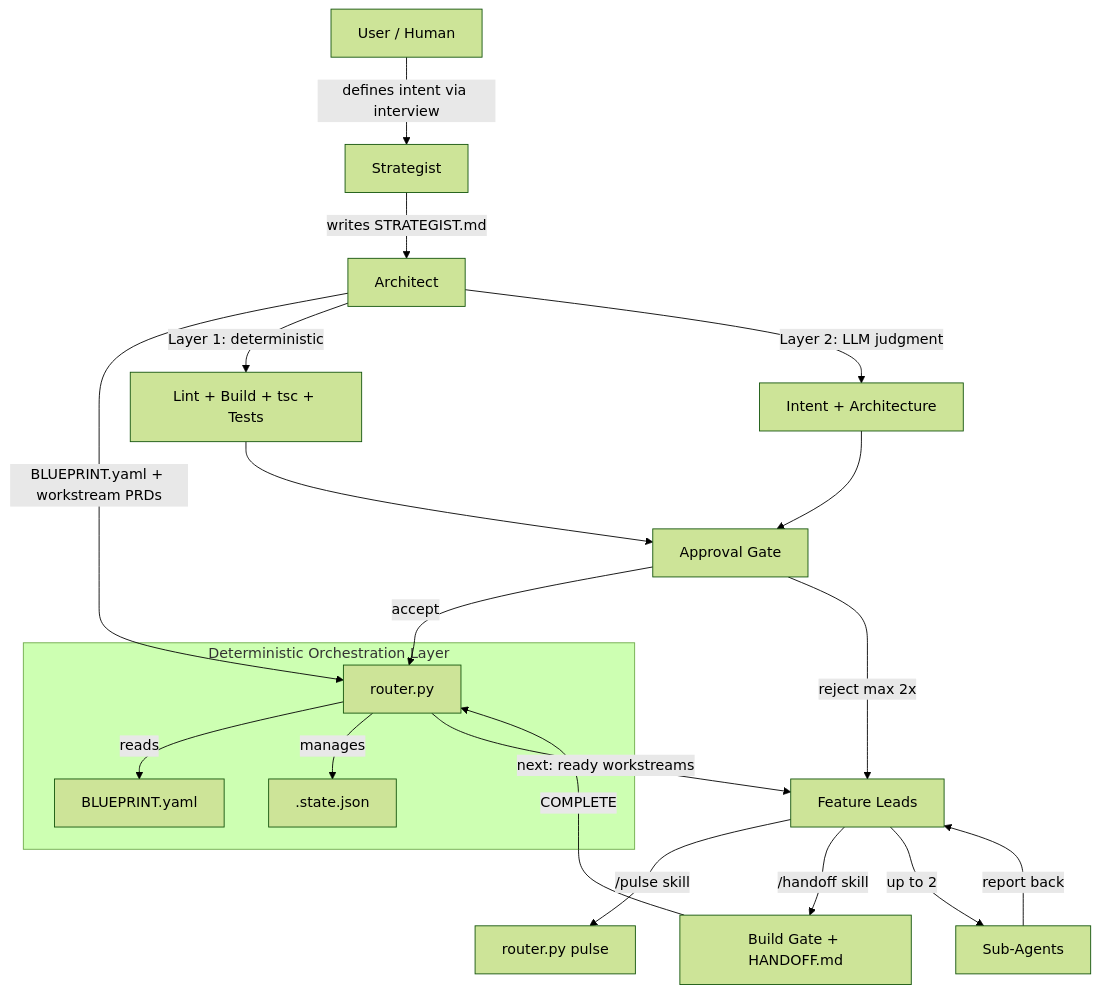
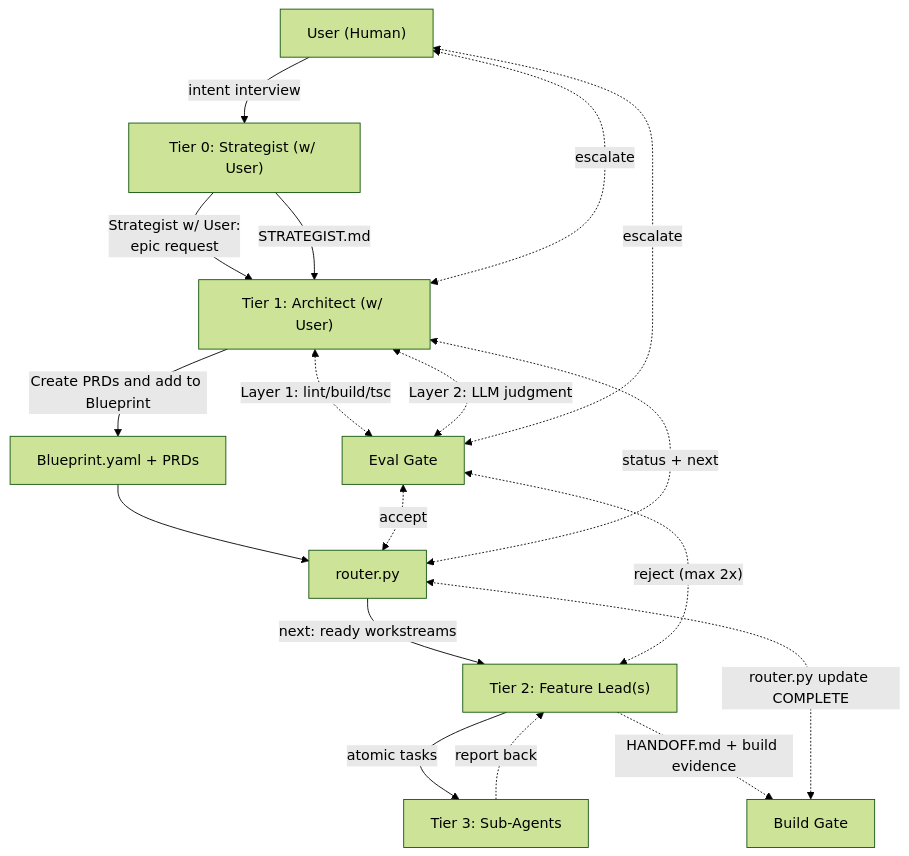
One commit to shi503/fractal-agent-system changed the diagram in README.md. Above: the diagram before and after it, drawn with Mermaid (forest theme). The commit also changed other lines of this file and 63 other files, not shown here.

````diff
--- a/README.md
+++ b/README.md
@@ -16,26 +78,32 @@
 ```mermaid
-graph TD
-    User[User / Human] -->|defines intent via interview| Strategist
-    Strategist -->|writes STRATEGIST.md| Architect
-    Architect -->|"BLUEPRINT.yaml + workstream PRDs"| Router
-    
-    subgraph orchestration [Deterministic Orchestration Layer]
-        Router[router.py] -->|reads| Blueprint[BLUEPRINT.yaml]
-        Router -->|manages| State[.state.json]
-    end
-    
-    Router -->|"next: ready workstreams"| FeatureLeads[Feature Leads]
-    FeatureLeads -->|"/pulse skill"| PulseCheck[router.py pulse]
-    FeatureLeads -->|"/handoff skill"| HandoffGate[Build Gate + HANDOFF.md]
-    HandoffGate -->|COMPLETE| Router
-    
-    FeatureLeads -->|"up to 2"| SubAgents[Sub-Agents]
-    SubAgents -->|"report back"| FeatureLeads
-    
-    Architect -->|"Layer 1: deterministic"| DeterministicEval[Lint + Build + tsc + Tests]
-    Architect -->|"Layer 2: LLM judgment"| LLMEval[Intent + Architecture]
-    DeterministicEval --> ApprovalGate[Approval Gate]
-    LLMEval --> ApprovalGate
-    ApprovalGate -->|accept| Router
-    ApprovalGate -->|reject max 2x| FeatureLeads
+graph TB
+    %% ── Left column: Delegation flows DOWN ──
+    User["User (Human)"]
+    Strategist["Tier 0: Strategist (w/ User)"]
+    Architect["Tier 1: Architect (w/ User)"]
+    Router["router.py"]
+    BlueprintPRDs["Blueprint.yaml + PRDs"]
+    FeatureLeads["Tier 2: Feature Lead(s)"]
+    SubAgents["Tier 3: Sub-Agents"]
+
+    User -->|"intent interview"| Strategist
+    Strategist -->|"Strategist w/ User:
+    epic request"| Architect
+    Strategist -->|"STRATEGIST.md"| Architect
+    Architect -->|"Create PRDs and add to Blueprint"| BlueprintPRDs
+    BlueprintPRDs --> Router
+    Router -->|"next: ready workstreams"| FeatureLeads
+    FeatureLeads -->|"atomic tasks"| SubAgents
+
+    %% ── Right column: Validation flows UP ──
+    SubAgents -.->|"report back"| FeatureLeads
+    FeatureLeads -.->|"HANDOFF.md + build evidence"| HandoffGate["Build Gate"]
+    HandoffGate <-.->|"router.py update COMPLETE"| Router
+    Router <-.->|"status + next"| Architect
+    Architect <-.->|"Layer 1: lint/build/tsc"| EvalGate["Eval Gate"]
+    Architect <-.->|"Layer 2: LLM judgment"| EvalGate
+    EvalGate <-.->|"accept"| Router
+    EvalGate <-.->|"reject (max 2x)"| FeatureLeads
+    EvalGate <-.->|"escalate"| User
+    Architect <-.->|"escalate"| User
 ```
````
